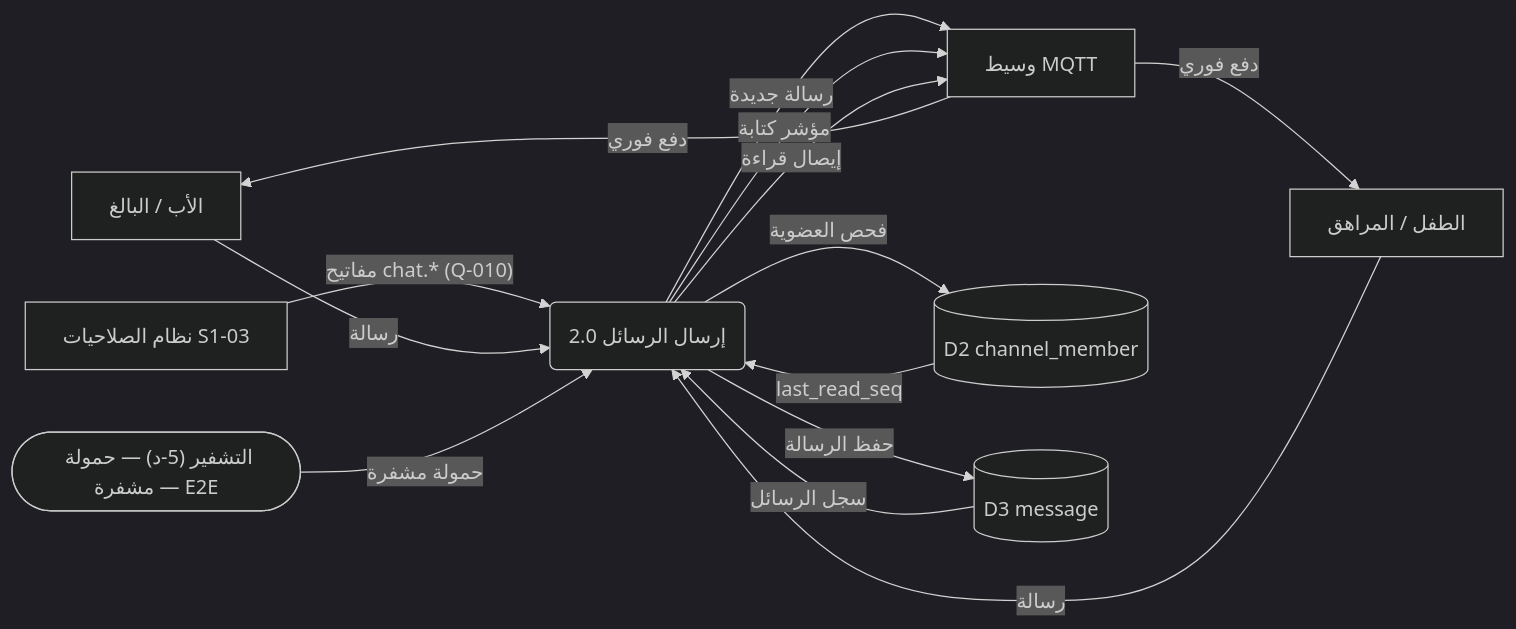
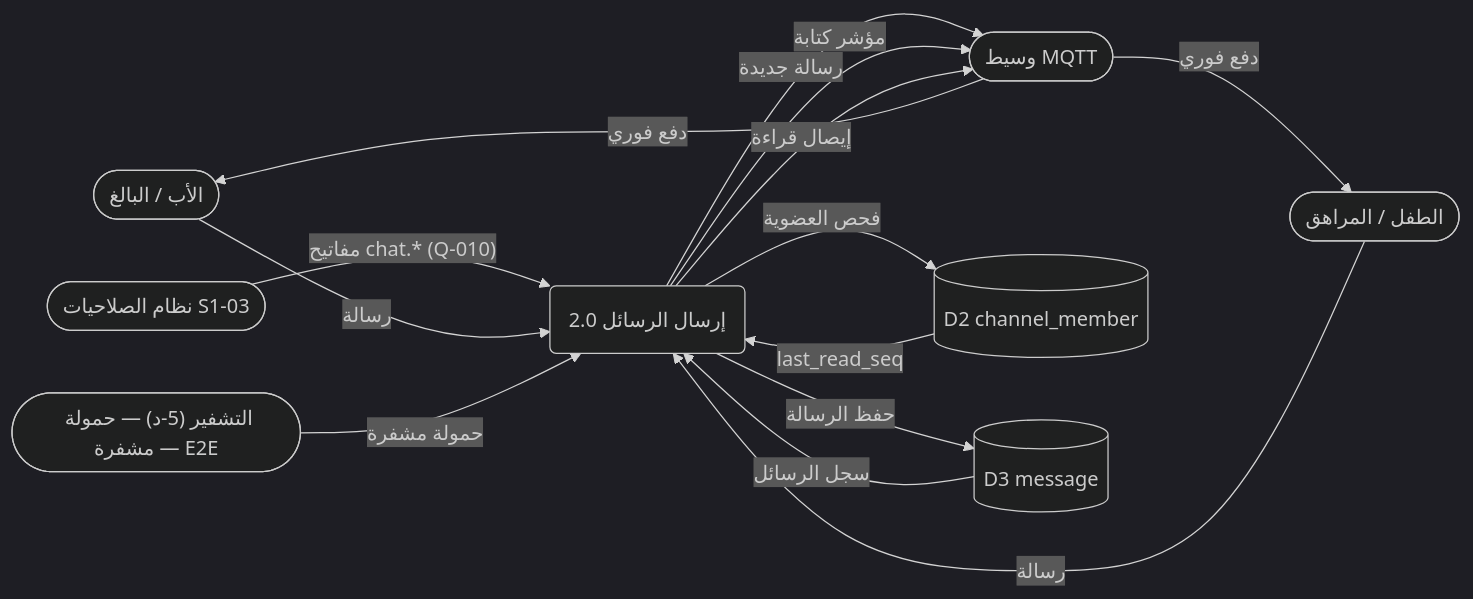
Before and after one commit to Bassam-mohammed-alqaeadi/family-os-v2: diagram 19 of 27 in docs/family-os/governance/phases/phase-1/S1-08-chat-basic/DIAGRAMS.md, drawn with Mermaid (dark theme). The commit also changed other lines of this file, not shown here.

````diff
--- a/docs/family-os/governance/phases/phase-1/S1-08-chat-basic/DIAGRAMS.md
+++ b/docs/family-os/governance/phases/phase-1/S1-08-chat-basic/DIAGRAMS.md
@@ -743,25 +745,25 @@
 ```mermaid
 flowchart LR
-    Father[الأب / البالغ]
-    Minor[الطفل / المراهق]
-    S103[نظام الصلاحيات S1-03]
-    MQTT[وسيط MQTT]
+    Father([الأب / البالغ])
+    Minor([الطفل / المراهق])
+    S103([نظام الصلاحيات S1-03])
+    MQTT([وسيط MQTT])
     P2(2.0 إرسال الرسائل)
     P3x(["التشفير (5-د) — حمولة مشفرة — E2E"])
     D2[(D2 channel_member)]
     D3[(D3 message)]
 
     S103 -->|"مفاتيح chat.* (Q-010)"| P2
     Father -->|رسالة| P2
     Minor -->|رسالة| P2
     P2 -->|فحص العضوية| D2
     D2 -->|last_read_seq| P2
     P2 -->|حفظ الرسالة| D3
     D3 -->|سجل الرسائل| P2
     P2 -->|رسالة جديدة| MQTT
     P2 -->|مؤشر كتابة| MQTT
     P2 -->|إيصال قراءة| MQTT
     MQTT -->|دفع فوري| Father
     MQTT -->|دفع فوري| Minor
     P3x -->|حمولة مشفرة| P2
 ```
````
